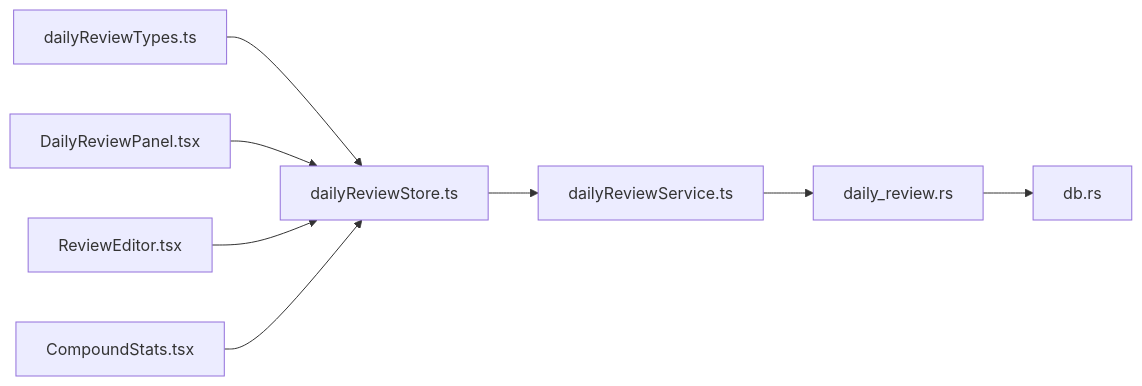
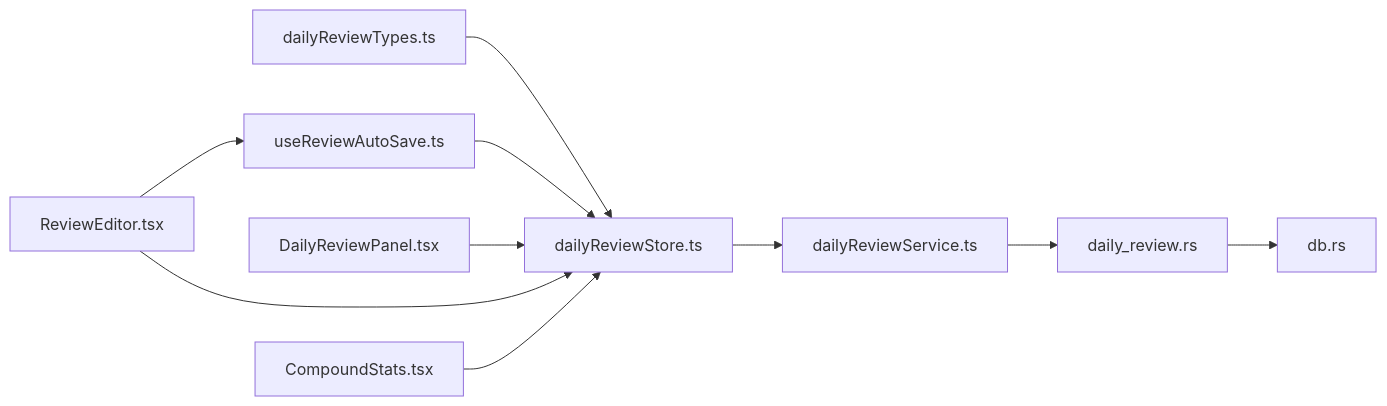
One commit to gzdxhujiale/FishWorker changed the fourth of 4 diagrams in .qoder/repowiki/zh/content/API 参考文档/前端 Store API/每日回顾 Store API.md. Above: the diagram before and after it, drawn with Mermaid. The commit also changed other lines of this file and 41 other files, not shown here.

````diff
--- a/.qoder/repowiki/zh/content/API 参考文档/前端 Store API/每日回顾 Store API.md
+++ b/.qoder/repowiki/zh/content/API 参考文档/前端 Store API/每日回顾 Store API.md
@@ -240,10 +309,12 @@
 ```mermaid
 graph LR
 Types["dailyReviewTypes.ts"] --> Store["dailyReviewStore.ts"]
 Store --> Service["dailyReviewService.ts"]
 Service --> Cmd["daily_review.rs"]
 Cmd --> DB["db.rs"]
+AutoSave["useReviewAutoSave.ts"] --> Store
 Panel["DailyReviewPanel.tsx"] --> Store
 Editor["ReviewEditor.tsx"] --> Store
+Editor --> AutoSave
 Stats["CompoundStats.tsx"] --> Store
 ```
````
